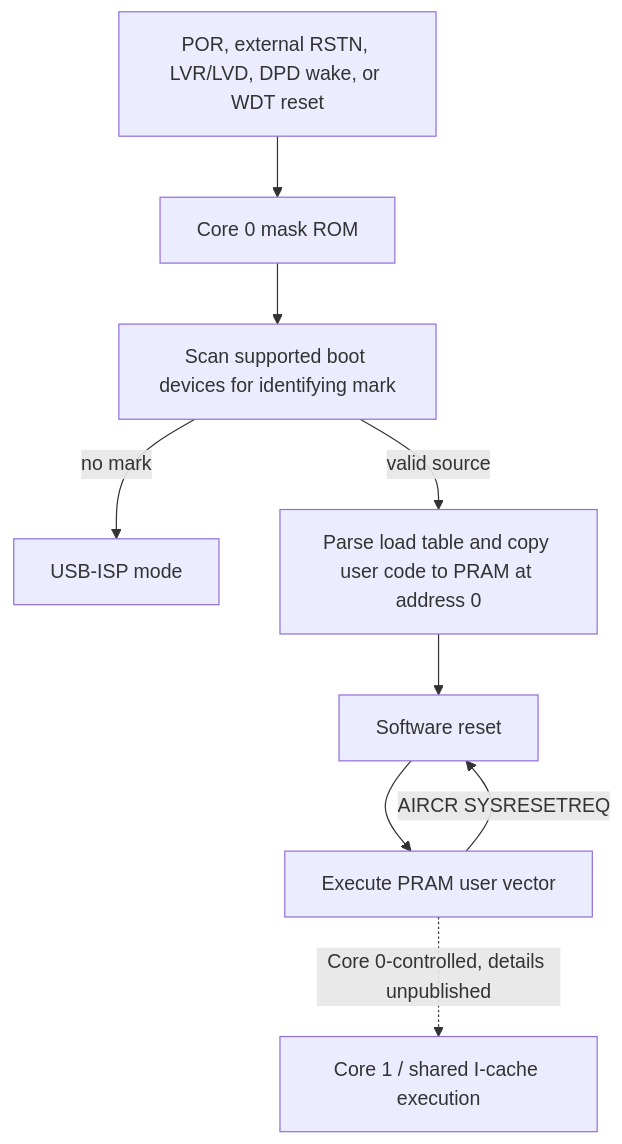
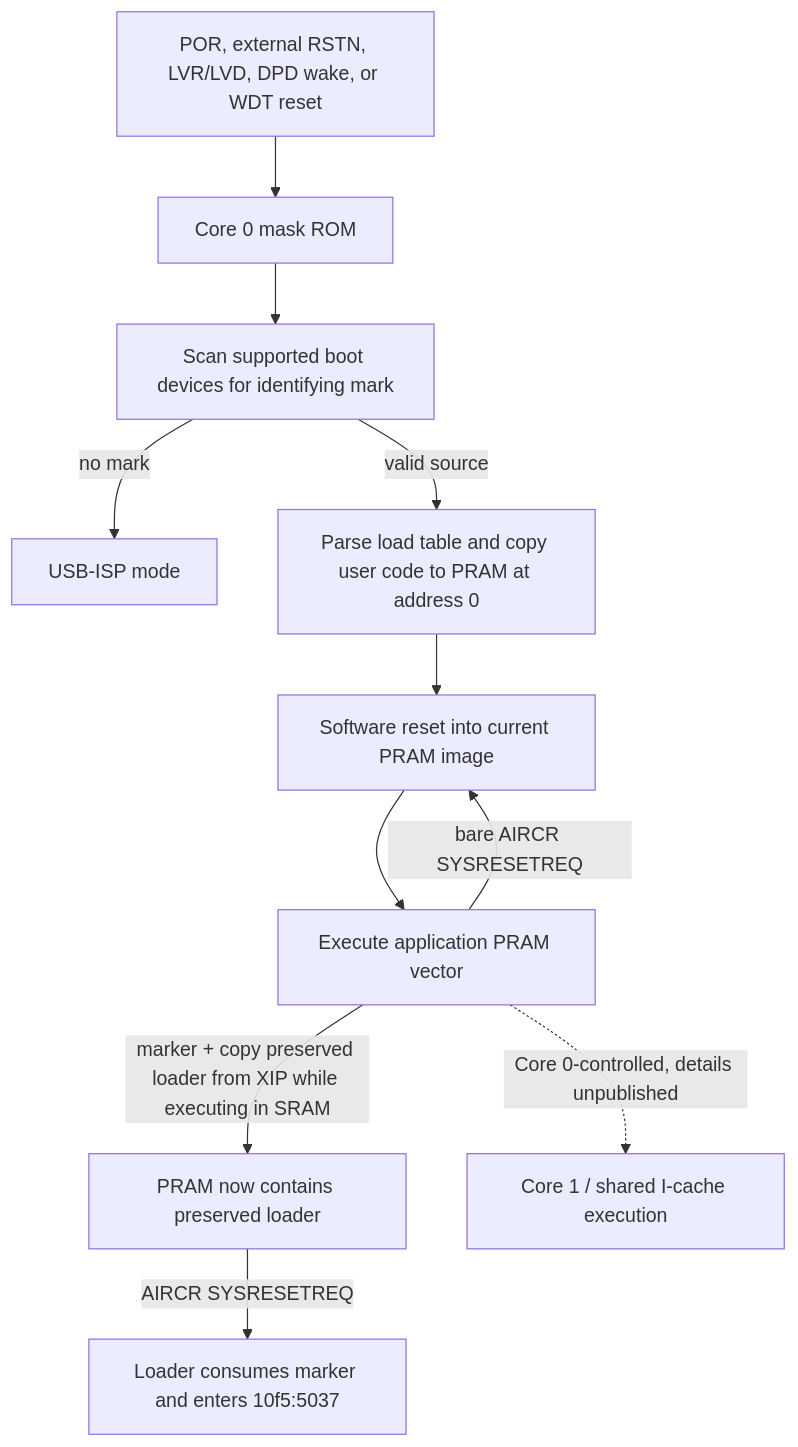
Before and after one commit to dylant9/kb7: the diagram in docs/BOOT-RECOVERY-MODEL.md, drawn with Mermaid. The commit also changed other lines of this file and 39 other files, not shown here.

````diff
--- a/docs/BOOT-RECOVERY-MODEL.md
+++ b/docs/BOOT-RECOVERY-MODEL.md
@@ -43,11 +61,13 @@
 ```mermaid
 flowchart TD
     A["POR, external RSTN, LVR/LVD, DPD wake, or WDT reset"] --> B["Core 0 mask ROM"]
     B --> C["Scan supported boot devices for identifying mark"]
     C -->|"no mark"| D["USB-ISP mode"]
     C -->|"valid source"| E["Parse load table and copy user code to PRAM at address 0"]
-    E --> F["Software reset"]
-    F --> G["Execute PRAM user vector"]
-    G -->|"AIRCR SYSRESETREQ"| F
-    G -. "Core 0-controlled, details unpublished" .-> H["Core 1 / shared I-cache execution"]
+    E --> F["Software reset into current PRAM image"]
+    F --> G["Execute application PRAM vector"]
+    G -->|"bare AIRCR SYSRESETREQ"| F
+    G -->|"marker + copy preserved loader from XIP while executing in SRAM"| H["PRAM now contains preserved loader"]
+    H -->|"AIRCR SYSRESETREQ"| I["Loader consumes marker and enters 10f5:5037"]
+    G -. "Core 0-controlled, details unpublished" .-> J["Core 1 / shared I-cache execution"]
 ```
````
